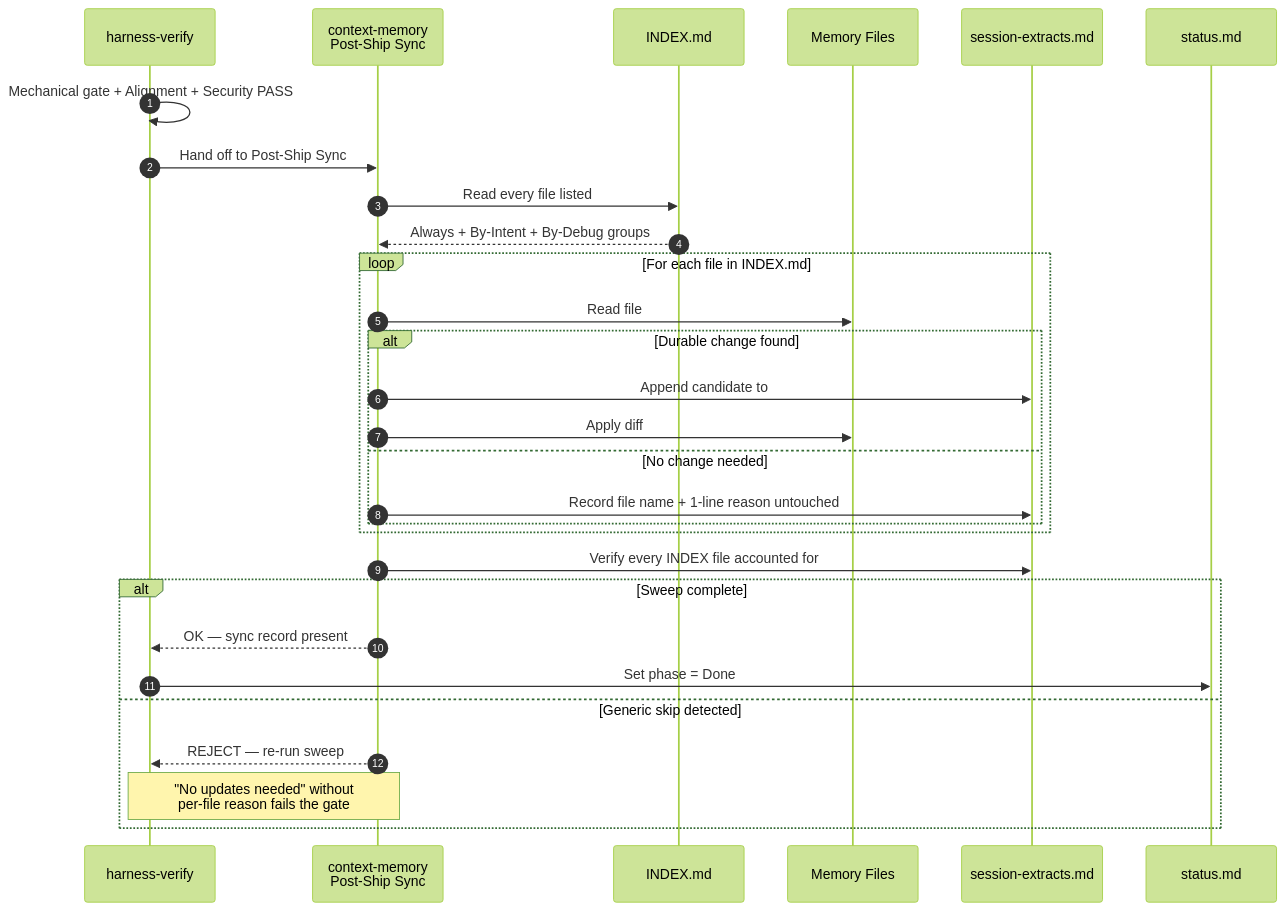
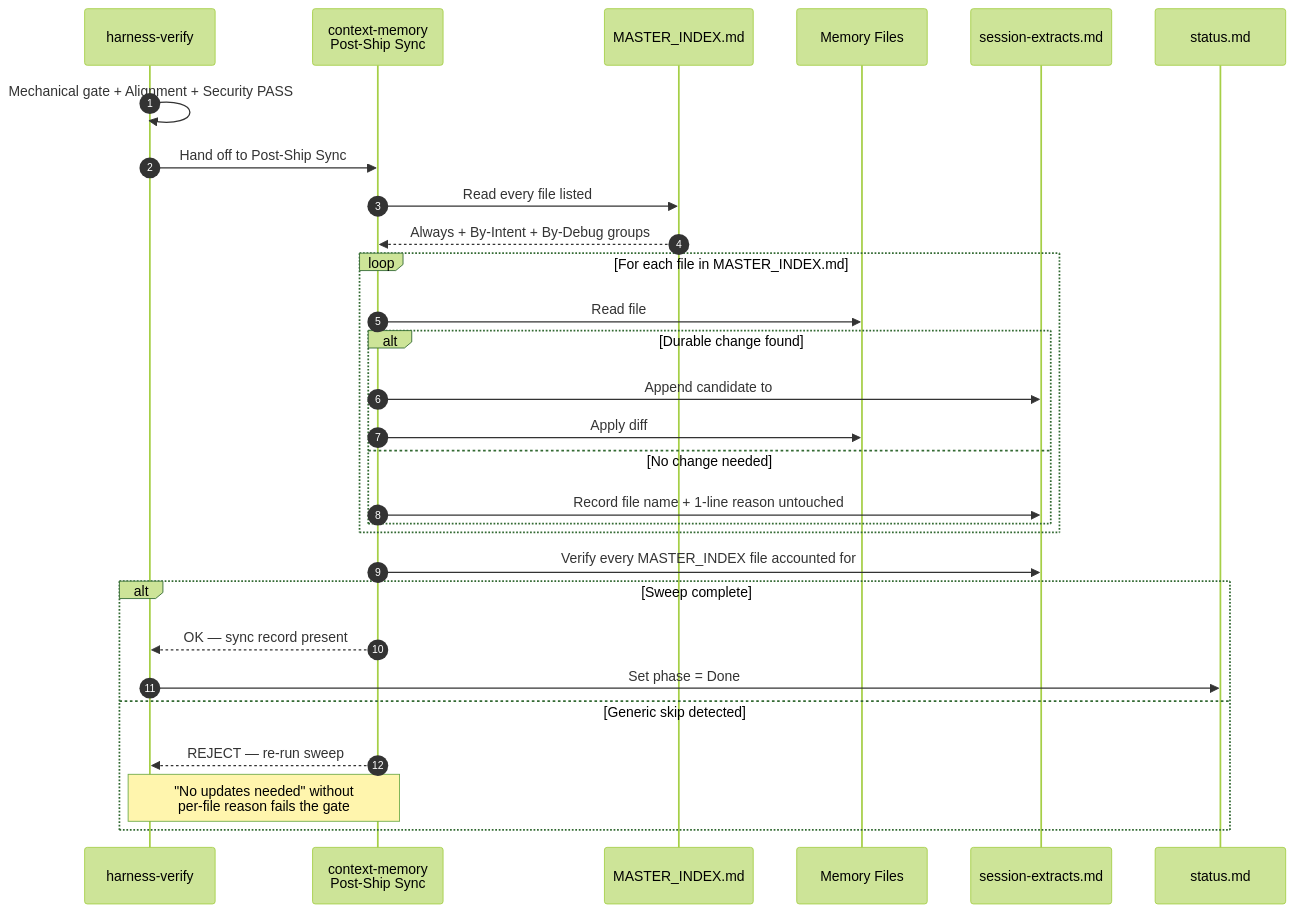
One commit to thaihai-swe/CoreZero-Nexus changed the third of 3 diagrams in documents/memory.md. Above: the diagram before and after it, drawn with Mermaid (forest theme). The commit also changed other lines of this file and 61 other files, not shown here.

````diff
--- a/documents/memory.md
+++ b/documents/memory.md
@@ -225,32 +225,32 @@
 ```mermaid
 sequenceDiagram
     autonumber
     participant V as harness-verify
     participant M as context-memory<br/>Post-Ship Sync
-    participant I as INDEX.md
+    participant I as MASTER_INDEX.md
     participant F as Memory Files
     participant E as session-extracts.md
     participant S as status.md
 
     V->>V: Mechanical gate + Alignment + Security PASS
     V->>M: Hand off to Post-Ship Sync
     M->>I: Read every file listed
     I-->>M: Always + By-Intent + By-Debug groups
-    loop For each file in INDEX.md
+    loop For each file in MASTER_INDEX.md
         M->>F: Read file
         alt Durable change found
             M->>E: Append candidate to ## Post-Ship Sync block
             M->>F: Apply diff
         else No change needed
             M->>E: Record file name + 1-line reason untouched
         end
     end
-    M->>E: Verify every INDEX file accounted for
+    M->>E: Verify every MASTER_INDEX file accounted for
     alt Sweep complete
         M-->>V: OK — sync record present
         V->>S: Set phase = Done
     else Generic skip detected
         M-->>V: REJECT — re-run sweep
         Note over V,M: "No updates needed" without<br/>per-file reason fails the gate
     end
 ```
````
